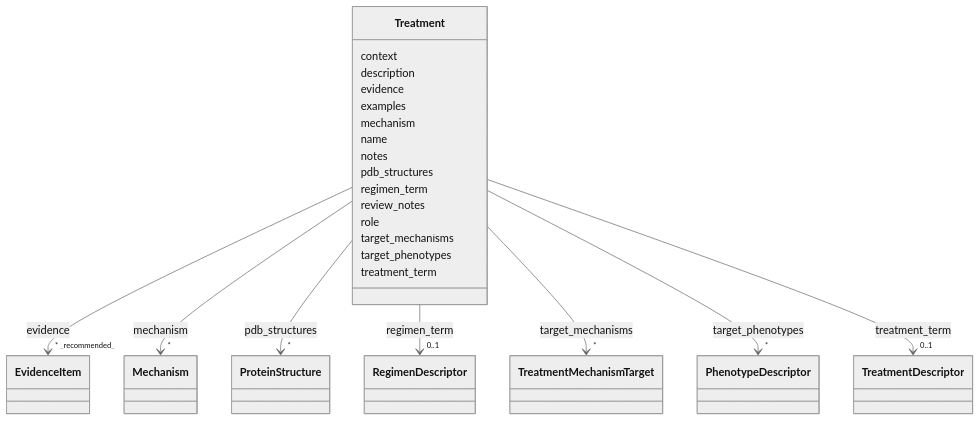
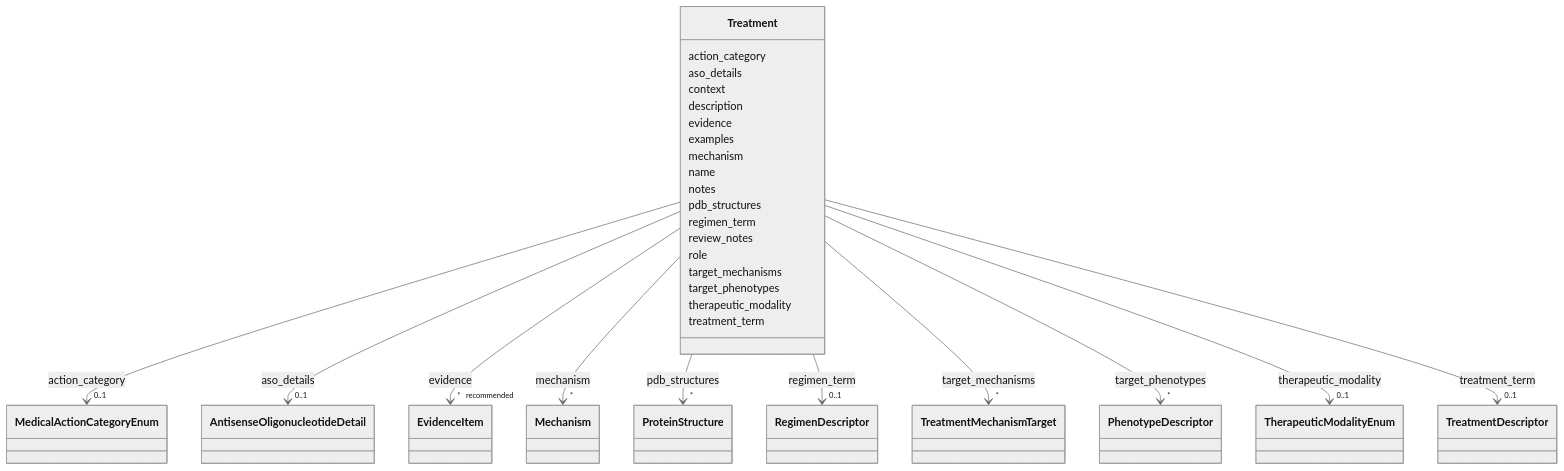
One commit to monarch-initiative/dismech changed the diagram in docs/schema/classes/Treatment.md. Above: the diagram before and after it, drawn with Mermaid (neutral theme). The commit also changed other lines of this file and 1343 other files, not shown here.

First line of the commit message:
docs: regenerate schema docs and point design-decisions link at rendered page

```diff
--- a/docs/schema/classes/Treatment.md
+++ b/docs/schema/classes/Treatment.md
@@ -14,6 +14,28 @@
  classDiagram
     class Treatment
     click Treatment href "../../classes/Treatment/"
+      Treatment : action_category
+        
+          
+    
+        
+        
+        Treatment --> "0..1" MedicalActionCategoryEnum : action_category
+        click MedicalActionCategoryEnum href "../../enums/MedicalActionCategoryEnum/"
+    
+
+        
+      Treatment : aso_details
+        
+          
+    
+        
+        
+        Treatment --> "0..1" AntisenseOligonucleotideDetail : aso_details
+        click AntisenseOligonucleotideDetail href "../../classes/AntisenseOligonucleotideDetail/"
+    
+
+        
       Treatment : context
         
       Treatment : description
@@ -94,6 +116,17 @@
     
 
         
+      Treatment : therapeutic_modality
+        
+          
+    
+        
+        
+        Treatment --> "0..1" TherapeuticModalityEnum : therapeutic_modality
+        click TherapeuticModalityEnum href "../../enums/TherapeuticModalityEnum/"
+    
+
+        
       Treatment : treatment_term
         
           
```
